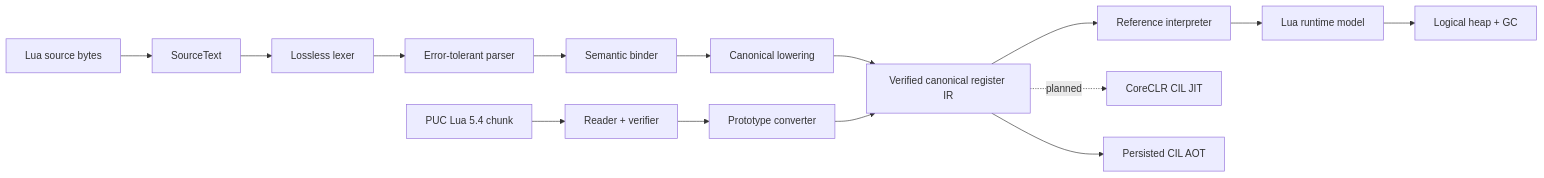
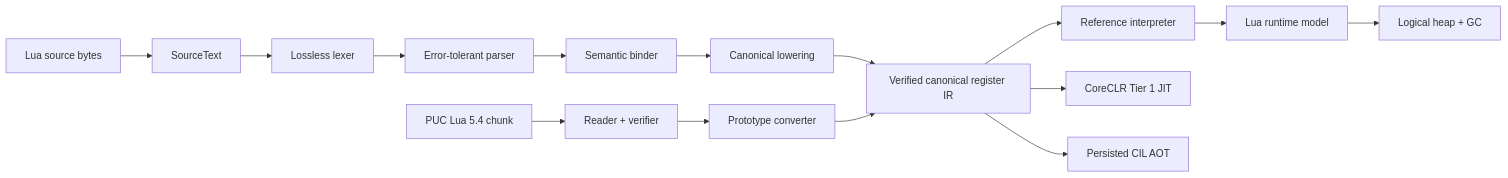
Before and after one commit to dlqw/Lunil: the diagram in README.md, drawn with Mermaid. The commit also changed other lines of this file and 11 other files, not shown here.

Commit message:
feat(jit): add CoreCLR Tier 1 backend

````diff
--- a/README.md
+++ b/README.md
@@ -226,20 +226,20 @@
 ```mermaid
 flowchart LR
     Source[Lua source bytes] --> Text[SourceText]
     Text --> Lexer[Lossless lexer]
     Lexer --> Parser[Error-tolerant parser]
     Parser --> Binder[Semantic binder]
     Binder --> Lowerer[Canonical lowering]
 
     Chunk[PUC Lua 5.4 chunk] --> Reader[Reader + verifier]
     Reader --> Converter[Prototype converter]
 
     Lowerer --> IR[Verified canonical register IR]
     Converter --> IR
     IR --> Interpreter[Reference interpreter]
     Interpreter --> Runtime[Lua runtime model]
     Runtime --> Heap[Logical heap + GC]
 
-    IR -. planned .-> JIT[CoreCLR CIL JIT]
+    IR --> JIT[CoreCLR Tier 1 JIT]
     IR --> AOT[Persisted CIL AOT]
 ```
````
